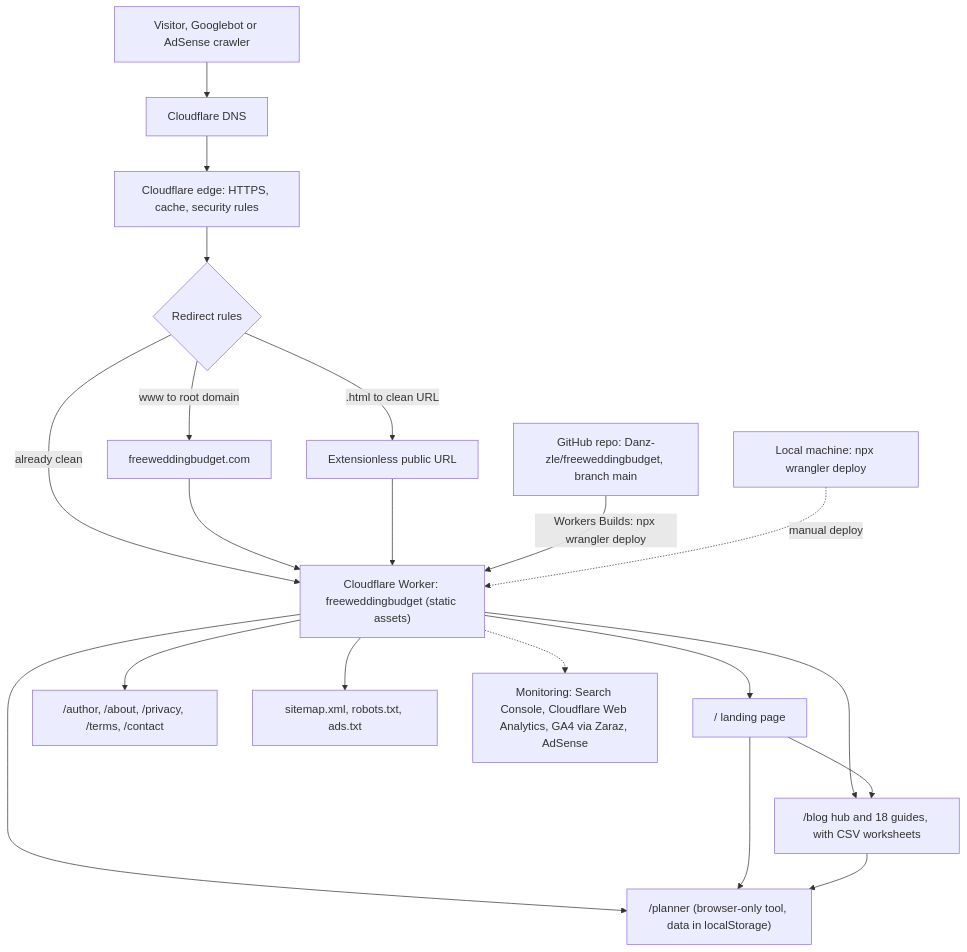
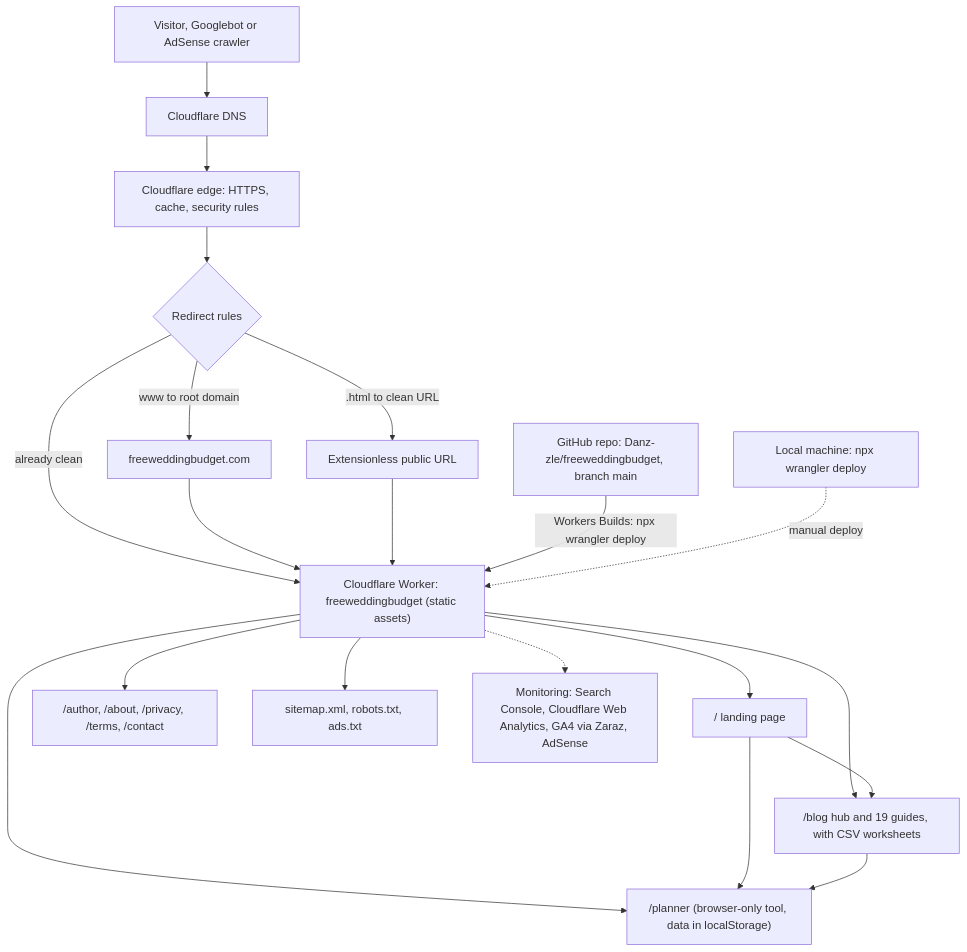
One commit to Danz-zle/freeweddingbudget changed the diagram in README.md. Above: the diagram before and after it, drawn with Mermaid. The commit also changed other lines of this file and 9 other files, not shown here.

````diff
--- a/README.md
+++ b/README.md
@@ -39,28 +39,28 @@
 ```mermaid
 flowchart TD
     V["Visitor, Googlebot or AdSense crawler"] --> DNS["Cloudflare DNS"]
     DNS --> EDGE["Cloudflare edge: HTTPS, cache, security rules"]
 
     EDGE --> R{"Redirect rules"}
     R -->|"www to root domain"| ROOT["freeweddingbudget.com"]
     R -->|".html to clean URL"| CLEAN["Extensionless public URL"]
     R -->|"already clean"| WORKER
 
     ROOT --> WORKER["Cloudflare Worker: freeweddingbudget (static assets)"]
     CLEAN --> WORKER
 
     WORKER --> HOME["/ landing page"]
-    WORKER --> GUIDES["/blog hub and 18 guides, with CSV worksheets"]
+    WORKER --> GUIDES["/blog hub and 19 guides, with CSV worksheets"]
     WORKER --> PLANNER["/planner (browser-only tool, data in localStorage)"]
     WORKER --> INFO["/author, /about, /privacy, /terms, /contact"]
     WORKER --> SEO["sitemap.xml, robots.txt, ads.txt"]
 
     HOME --> GUIDES
     HOME --> PLANNER
     GUIDES --> PLANNER
 
     GH["GitHub repo: Danz-zle/freeweddingbudget, branch main"] -->|"Workers Builds: npx wrangler deploy"| WORKER
     DEV["Local machine: npx wrangler deploy"] -.->|"manual deploy"| WORKER
 
     WORKER -.-> MON["Monitoring: Search Console, Cloudflare Web Analytics, GA4 via Zaraz, AdSense"]
 ```
````
